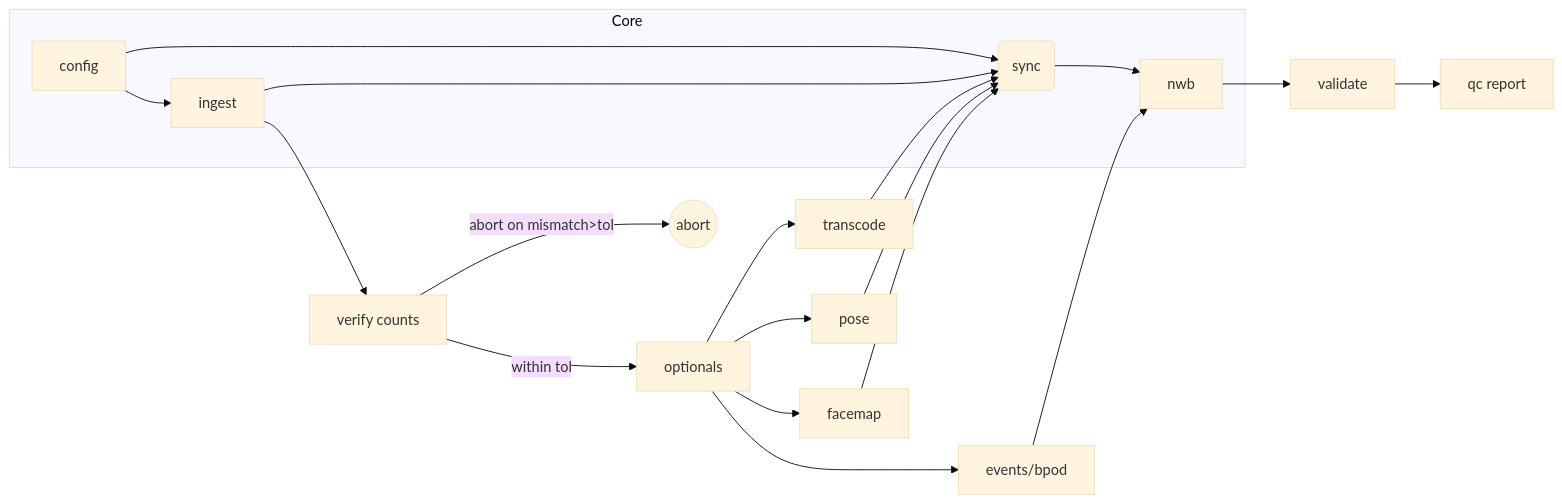
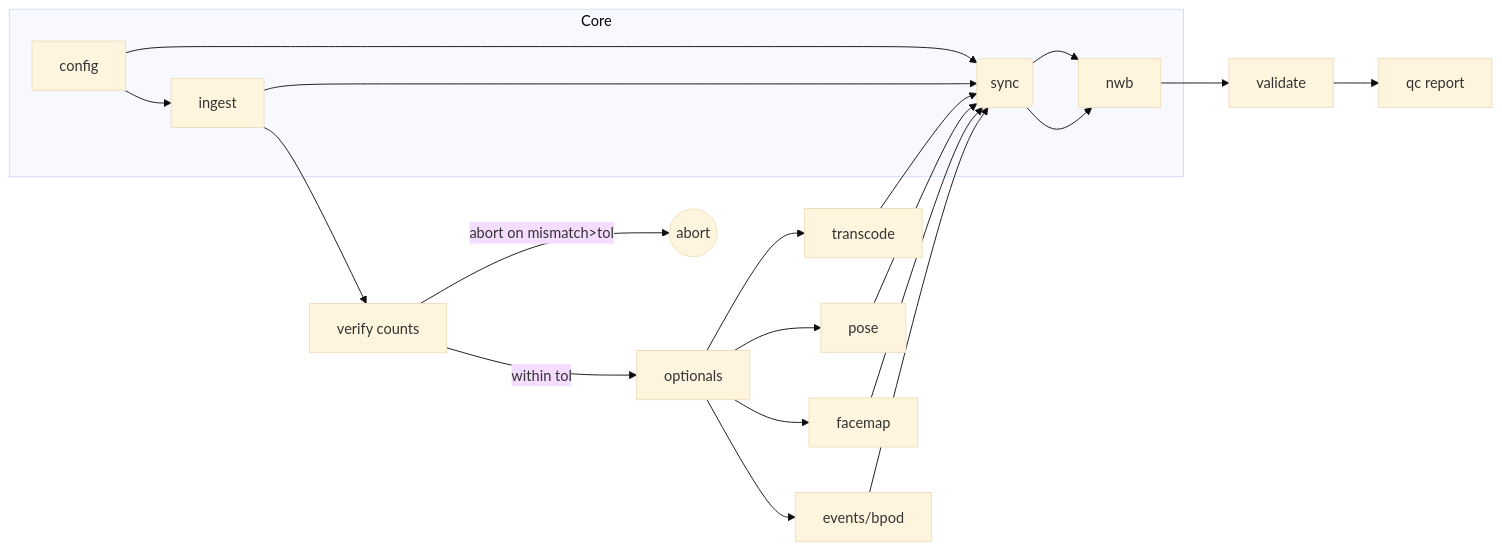
Before and after one commit to BorjaEst/w2t-bkin: the first of 3 diagrams in design.md, drawn with Mermaid (base theme). The commit also changed other lines of this file, not shown here.

Commit message:
feat: Update design flow and module responsibilities for event synchronization and optional data processing

````diff
--- a/design.md
+++ b/design.md
@@ -24,22 +24,23 @@
 ```mermaid
 flowchart LR
   subgraph Core
     CFG[config] --> ING[ingest]
     CFG --> SYN(sync)
     ING --> SYN
     SYN --> NWB[nwb]
   end
   ING --> VER[verify counts]
   VER -->|abort on mismatch>tol| X((abort))
   VER -->|within tol| OPT[optionals]
   OPT --> TRN[transcode]
   OPT --> POS[pose]
   OPT --> FAC[facemap]
   OPT --> EVT[events/bpod]
   TRN --> SYN
   POS --> SYN
   FAC --> SYN
-  EVT --> NWB
+  EVT --> SYN
+  SYN --> NWB
   NWB --> VAL[validate]
   VAL --> QC[qc report]
 ```
````
